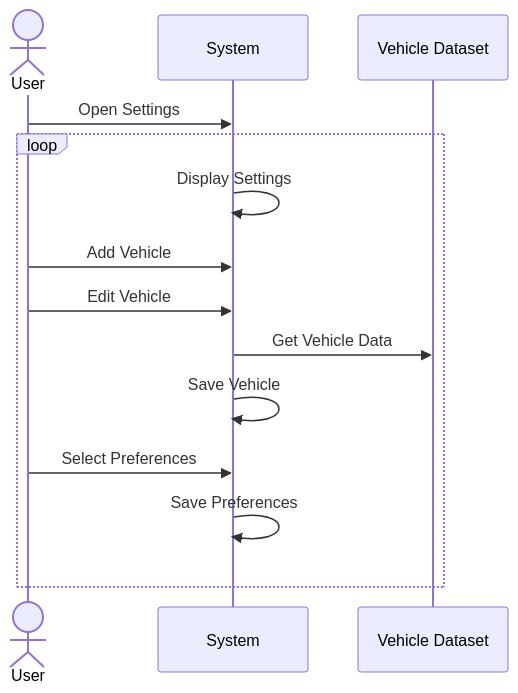
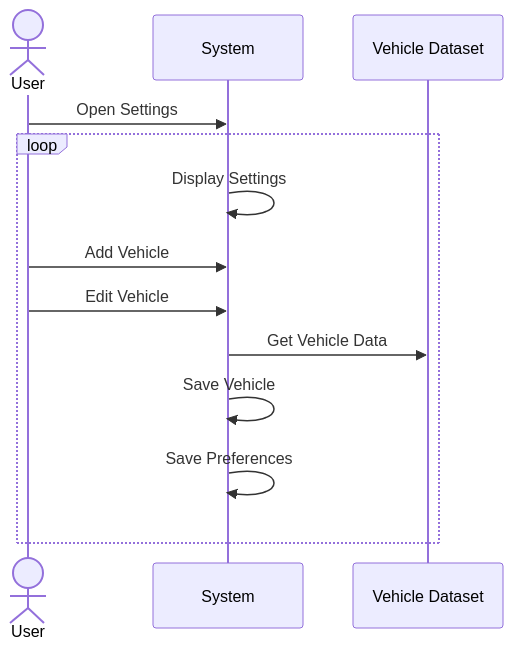
One commit to Issite/carbon-commute-calculator changed the diagram in design/vehicle_settings_sequence_diagram.md. Above: the diagram before and after it, drawn with Mermaid.

Commit message:
fixed vehicle settings sequence diagram

````diff
--- a/design/vehicle_settings_sequence_diagram.md
+++ b/design/vehicle_settings_sequence_diagram.md
@@ -2,20 +2,19 @@
 ```mermaid
     sequenceDiagram
         actor User
         Participant System
         participant Vehicle Dataset
 
         User->>System: Open Settings
 
         loop
                 System->>System: Display Settings
                 User->>System: Add Vehicle
                 User->>System: Edit Vehicle
                 System->>Vehicle Dataset: Get Vehicle Data
                 System->>System: Save Vehicle
 
-                User->>System: Select Preferences
                 System->>System: Save Preferences
         end
         
 ```
````
